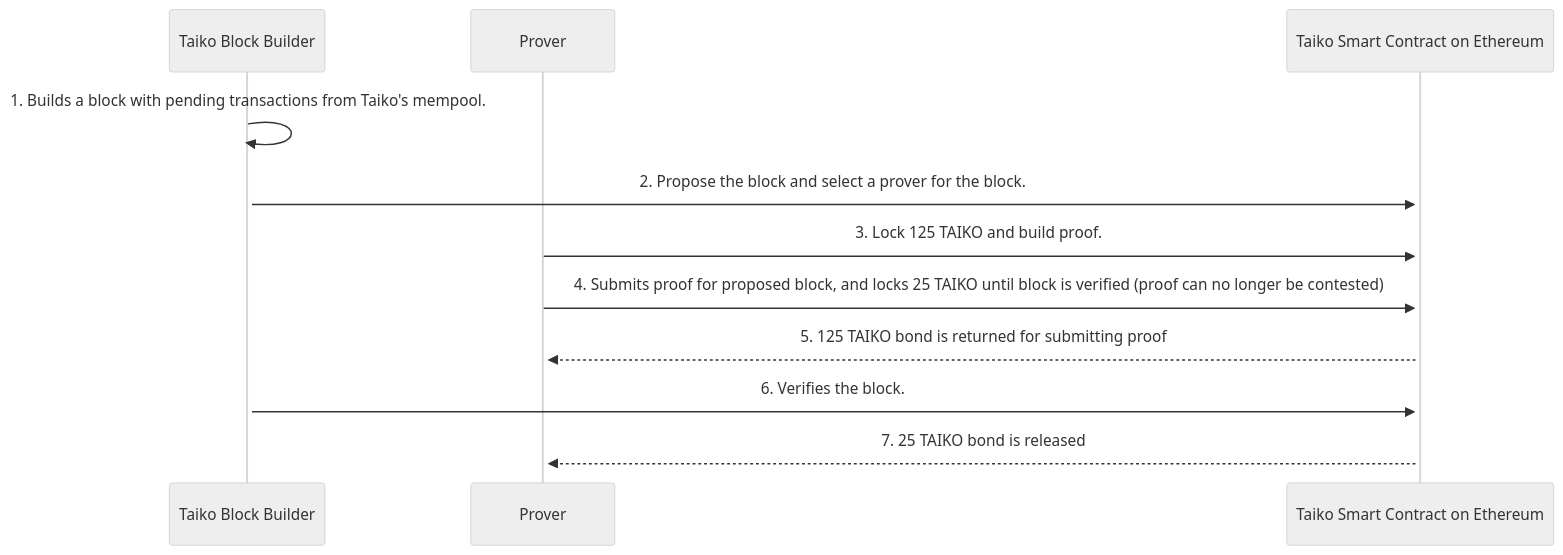
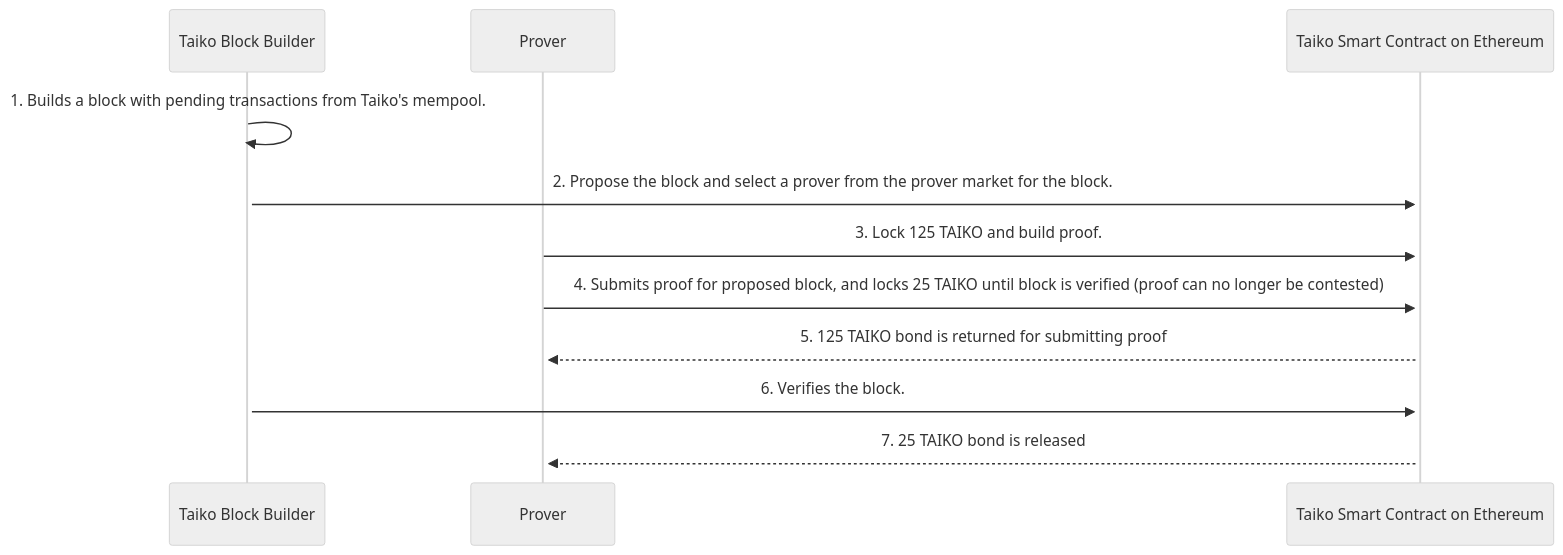
The diagram in high-level.MD (fahimahmedx/taiko-block-building), drawn with Mermaid (neutral theme) before and after one commit.

Commit message:
prover market

````diff
--- a/high-level.MD
+++ b/high-level.MD
@@ -1,15 +1,15 @@
 ```mermaid
 sequenceDiagram
 participant Taiko Block Builder
 participant Prover
 participant Taiko Smart Contract on Ethereum
 
 
 Taiko Block Builder->>+Taiko Block Builder: 1. Builds a block with pending transactions from Taiko's mempool.
-Taiko Block Builder->>+Taiko Smart Contract on Ethereum: 2. Propose the block and select a prover for the block.
+Taiko Block Builder->>+Taiko Smart Contract on Ethereum: 2. Propose the block and select a prover from the prover market for the block.
 Prover->>+Taiko Smart Contract on Ethereum: 3. Lock 125 TAIKO and build proof.
 Prover->>+Taiko Smart Contract on Ethereum: 4. Submits proof for proposed block, and locks 25 TAIKO until block is verified (proof can no longer be contested)
 Taiko Smart Contract on Ethereum-->>+Prover: 5. 125 TAIKO bond is returned for submitting proof
 Taiko Block Builder->>+Taiko Smart Contract on Ethereum: 6. Verifies the block.
 Taiko Smart Contract on Ethereum-->>+Prover: 7. 25 TAIKO bond is released
 ```
````
